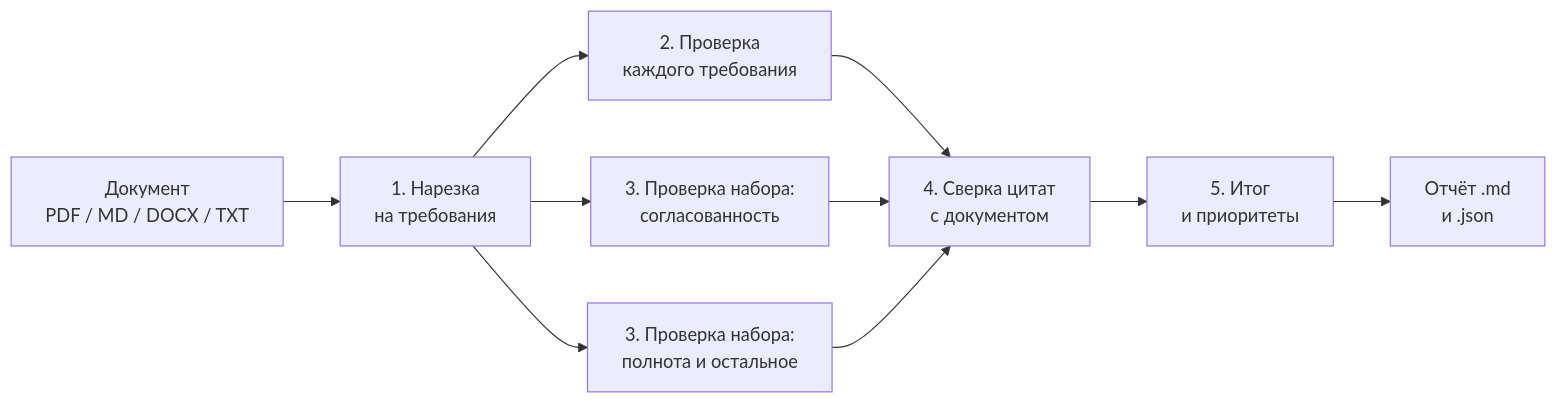
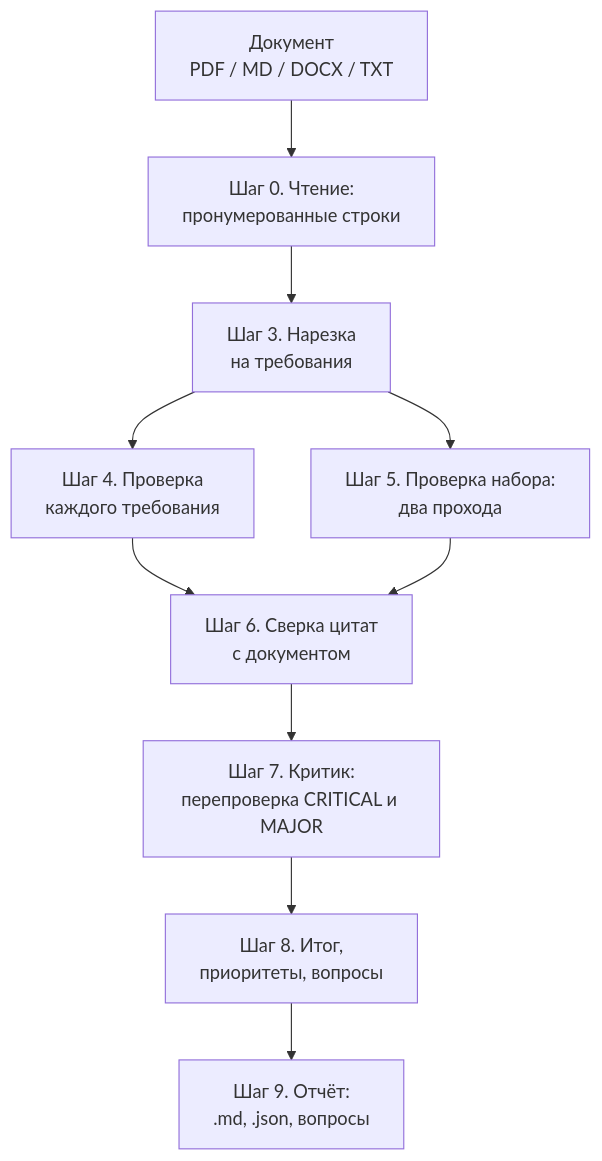
One commit to gascoigne07/reqask changed the diagram in README.md. Above: the diagram before and after it, drawn with Mermaid. The commit also changed other lines of this file and 4 other files, not shown here.

````diff
--- a/README.md
+++ b/README.md
@@ -55,12 +65,12 @@
 ```mermaid
-flowchart LR
-    A["Документ<br>PDF / MD / DOCX / TXT"] --> B["1. Нарезка<br>на требования"]
-    B --> C["2. Проверка<br>каждого требования"]
-    B --> D["3. Проверка набора:<br>согласованность"]
-    B --> E["3. Проверка набора:<br>полнота и остальное"]
-    C --> F["4. Сверка цитат<br>с документом"]
-    D --> F
+flowchart TD
+    A["Документ<br>PDF / MD / DOCX / TXT"] --> B["Шаг 0. Чтение:<br>пронумерованные строки"]
+    B --> C["Шаг 3. Нарезка<br>на требования"]
+    C --> D["Шаг 4. Проверка<br>каждого требования"]
+    C --> E["Шаг 5. Проверка набора:<br>два прохода"]
+    D --> F["Шаг 6. Сверка цитат<br>с документом"]
     E --> F
-    F --> G["5. Итог<br>и приоритеты"]
-    G --> H["Отчёт .md<br>и .json"]
+    F --> G["Шаг 7. Критик:<br>перепроверка CRITICAL и MAJOR"]
+    G --> H["Шаг 8. Итог,<br>приоритеты, вопросы"]
+    H --> I["Шаг 9. Отчёт:<br>.md, .json, вопросы"]
 ```
````
